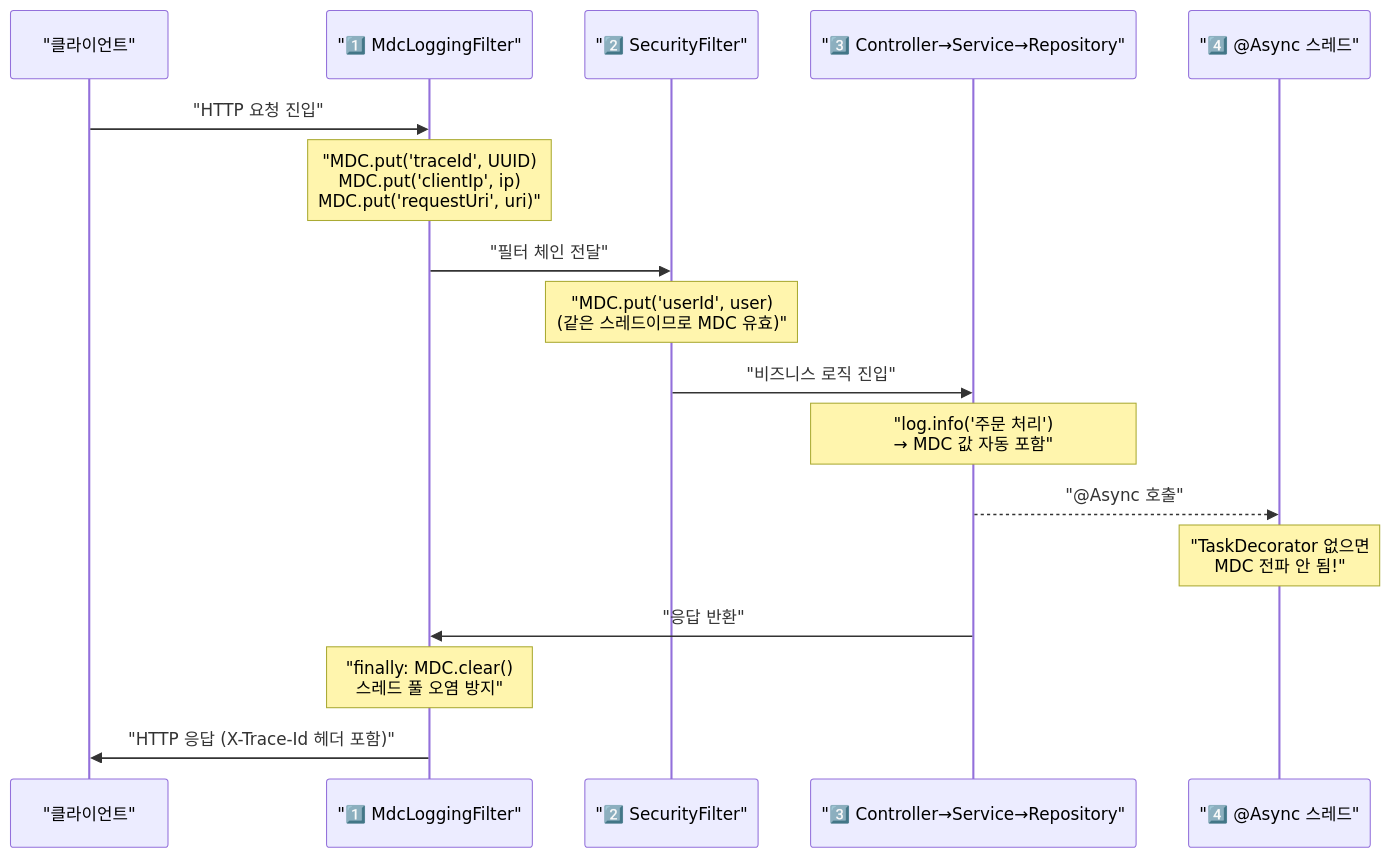
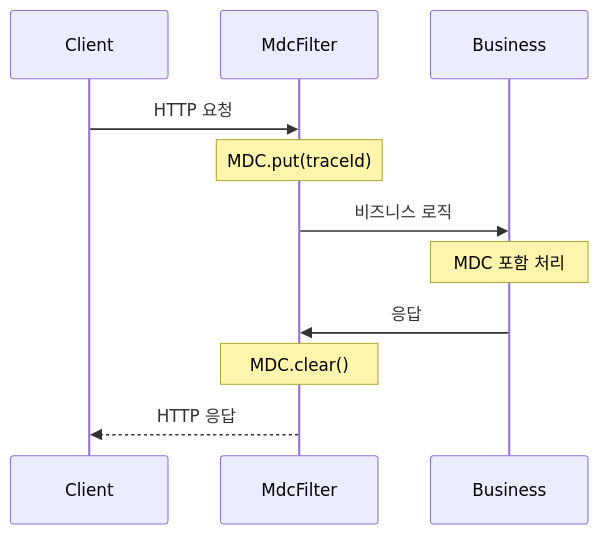
The third of 3 diagrams in _posts/spring/2026-05-01-spring-mdc.md (yjkim2015/yjkim2015.github.io), drawn with Mermaid before and after one commit. The commit also changed 215 other files, not shown here.

First line of the commit message:
신규 포스트 10개 추가 + Mermaid 전면 축소 + SystemDesign 시리즈 보강

````diff
--- a/_posts/spring/2026-05-01-spring-mdc.md
+++ b/_posts/spring/2026-05-01-spring-mdc.md
@@ -496,20 +496,13 @@
 ```mermaid
 sequenceDiagram
-    participant C as "클라이언트"
-    participant F as "1️⃣ MdcLoggingFilter"
-    participant S as "2️⃣ SecurityFilter"
-    participant B as "3️⃣ Controller→Service→Repository"
-    participant A as "4️⃣ @Async 스레드"
-
-    C->>F: "HTTP 요청 진입"
-    Note over F: "MDC.put('traceId', UUID)<br>MDC.put('clientIp', ip)<br>MDC.put('requestUri', uri)"
-    F->>S: "필터 체인 전달"
-    Note over S: "MDC.put('userId', user)<br>(같은 스레드이므로 MDC 유효)"
-    S->>B: "비즈니스 로직 진입"
-    Note over B: "log.info('주문 처리')<br>→ MDC 값 자동 포함"
-    B-->>A: "@Async 호출"
-    Note over A: "TaskDecorator 없으면<br>MDC 전파 안 됨!"
-    B->>F: "응답 반환"
-    Note over F: "finally: MDC.clear()<br>스레드 풀 오염 방지"
-    F->>C: "HTTP 응답 (X-Trace-Id 헤더 포함)"
+    participant C as Client
+    participant F as MdcFilter
+    participant B as Business
+    C->>F: HTTP 요청
+    Note over F: MDC.put(traceId)
+    F->>B: 비즈니스 로직
+    Note over B: MDC 포함 처리
+    B->>F: 응답
+    Note over F: MDC.clear()
+    F-->>C: HTTP 응답
 ```
````
